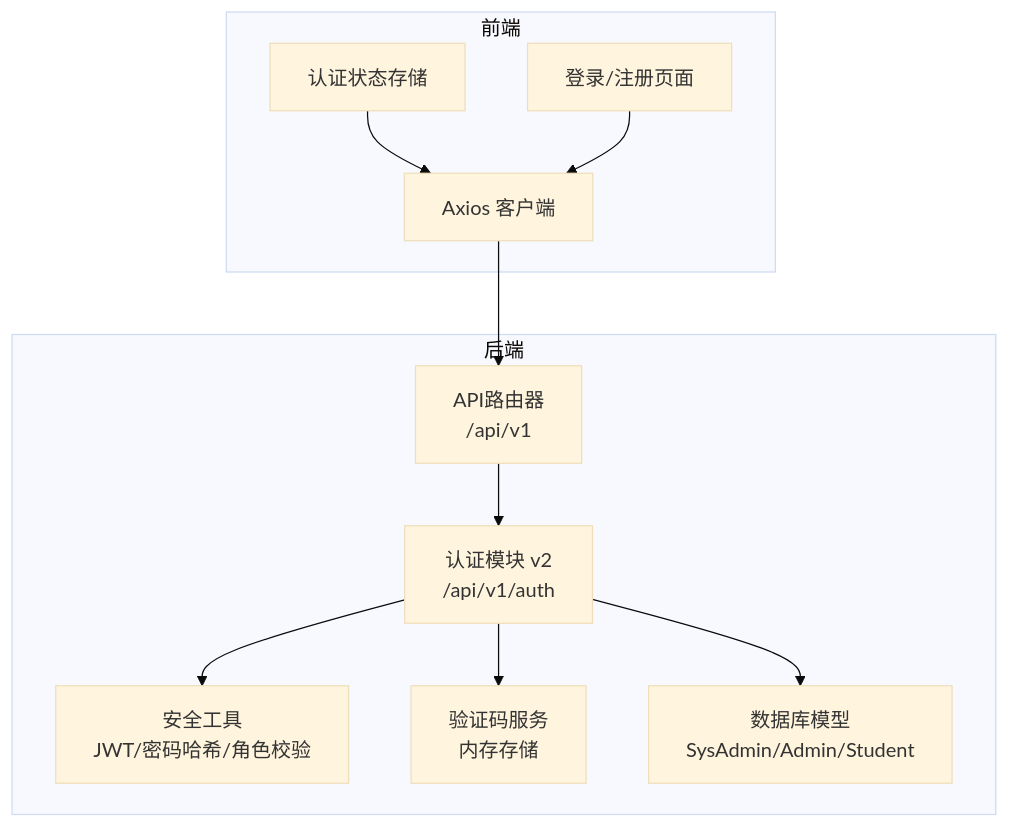
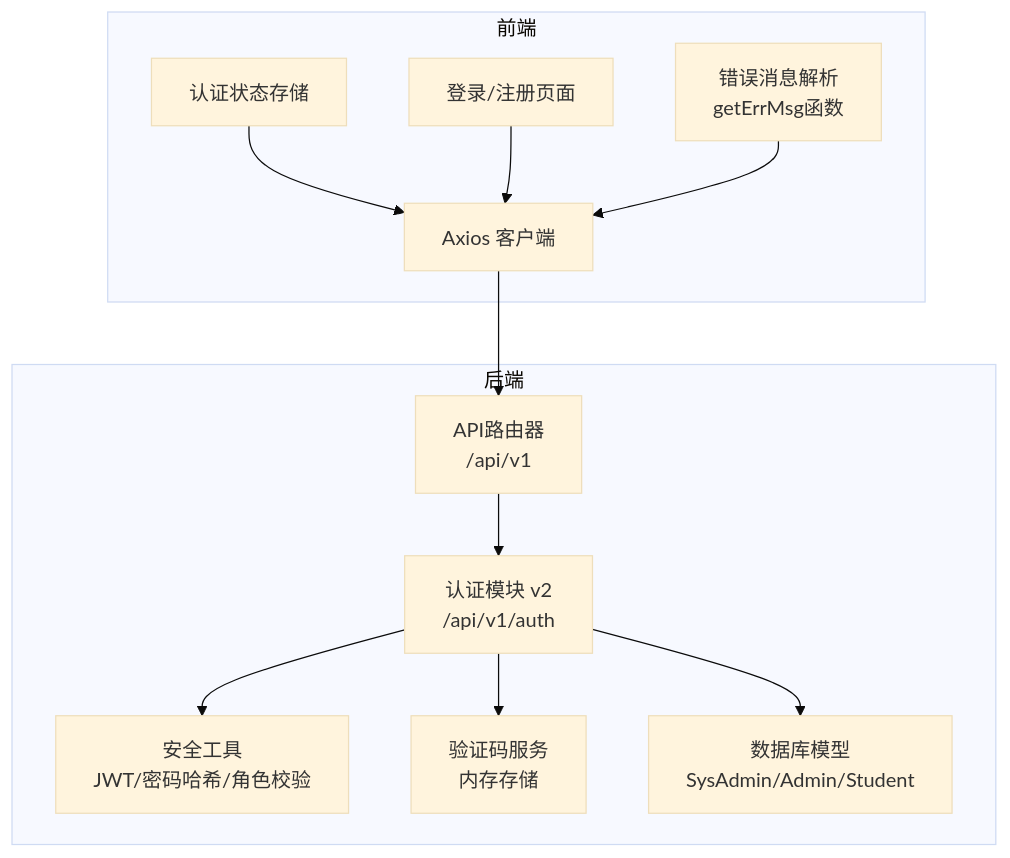
One commit to Miyuan2018/ruicheng-edu-system changed the first of 5 diagrams in .qoder/repowiki/zh/content/API接口文档/认证API.md. Above: the diagram before and after it, drawn with Mermaid (base theme). The commit also changed other lines of this file and 6 other files, not shown here.

````diff
--- a/.qoder/repowiki/zh/content/API接口文档/认证API.md
+++ b/.qoder/repowiki/zh/content/API接口文档/认证API.md
@@ -43,22 +49,24 @@
 ```mermaid
 graph TB
 subgraph "后端"
 A["API路由器<br/>/api/v1"]
 B["认证模块 v2<br/>/api/v1/auth"]
 C["安全工具<br/>JWT/密码哈希/角色校验"]
 D["验证码服务<br/>内存存储"]
 E["数据库模型<br/>SysAdmin/Admin/Student"]
 end
 subgraph "前端"
 F["Axios 客户端"]
 G["认证状态存储"]
 H["登录/注册页面"]
+I["错误消息解析<br/>getErrMsg函数"]
 end
 A --> B
 B --> C
 B --> D
 B --> E
 F --> A
 G --> F
 H --> F
+I --> F
 ```
````
